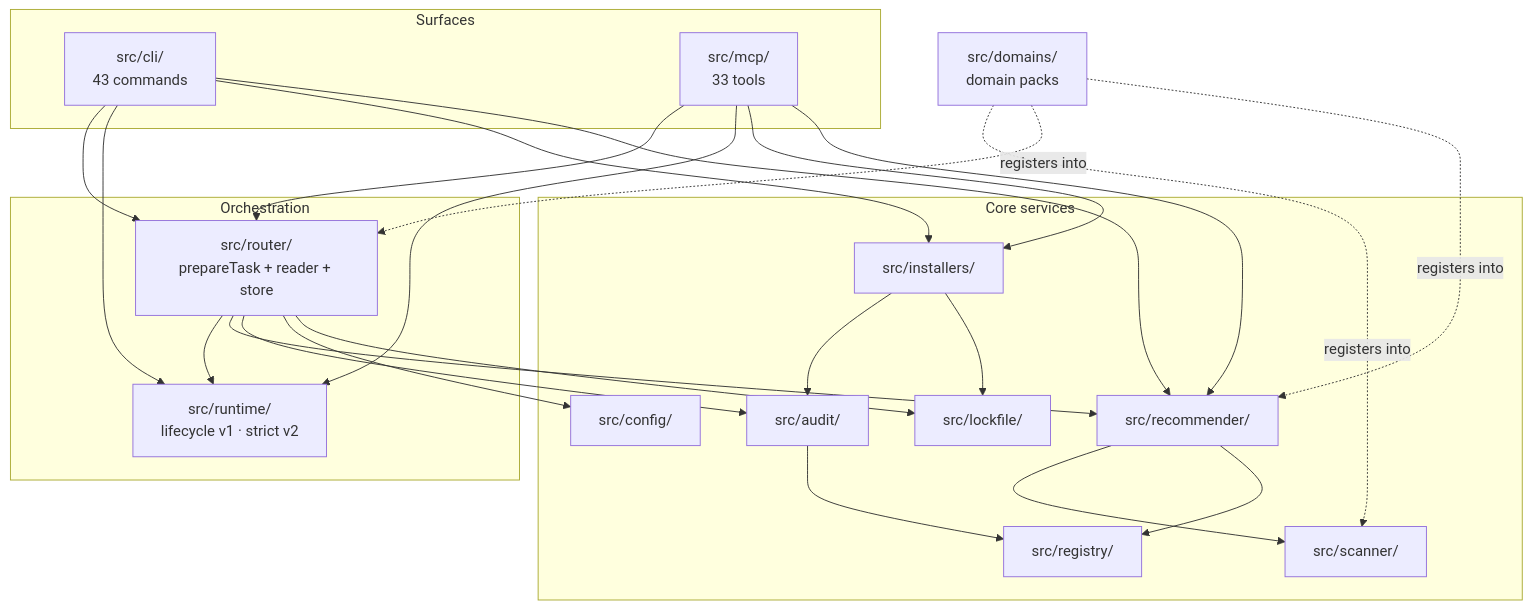
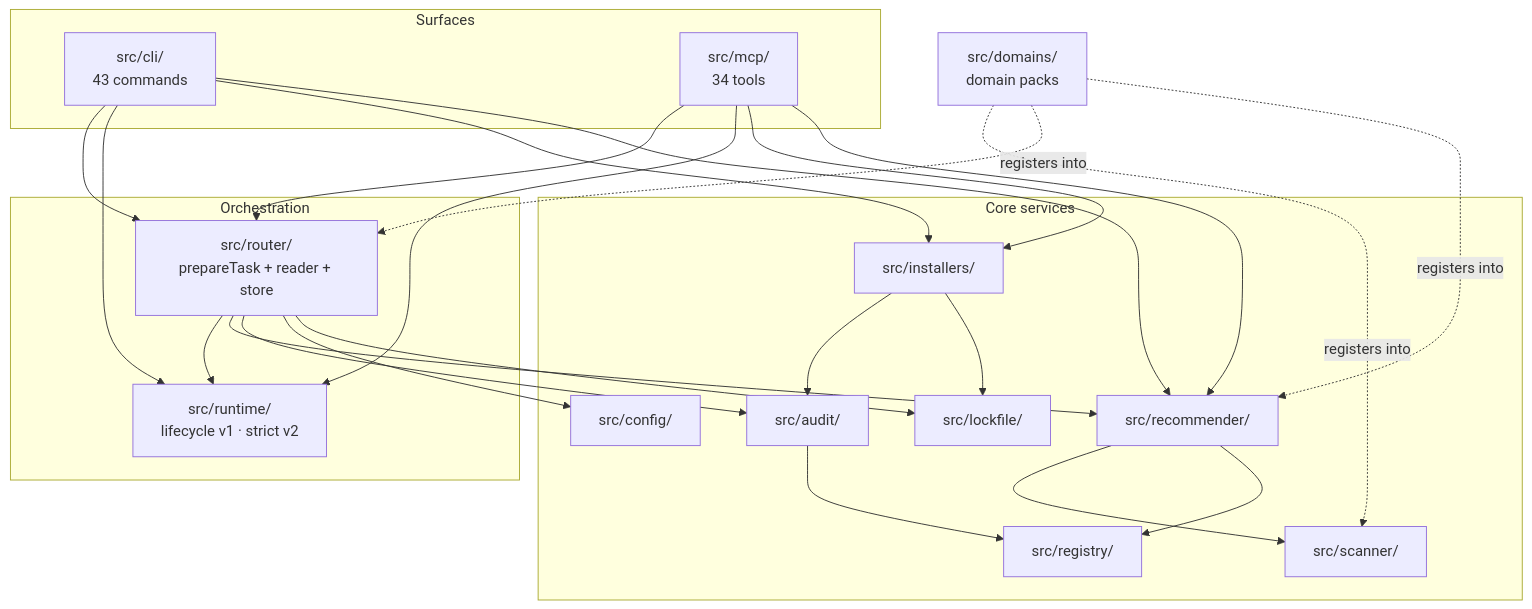
Before and after one commit to Narek-Khachikyan/SkillRanger: the first of 2 diagrams in docs/ARCHITECTURE.md, drawn with Mermaid. The commit also changed other lines of this file and 14 other files, not shown here.

````diff
--- a/docs/ARCHITECTURE.md
+++ b/docs/ARCHITECTURE.md
@@ -51,43 +51,43 @@
 ```mermaid
 graph TD
   subgraph Surfaces
     CLI["src/cli/<br/>43 commands"]
-    MCP["src/mcp/<br/>33 tools"]
+    MCP["src/mcp/<br/>34 tools"]
   end
   subgraph Orchestration
     ROUTER["src/router/<br/>prepareTask + reader + store"]
     RUNTIME["src/runtime/<br/>lifecycle v1 · strict v2"]
   end
   subgraph "Core services"
     SCAN["src/scanner/"]
     REC["src/recommender/"]
     REG["src/registry/"]
     AUDIT["src/audit/"]
     INST["src/installers/"]
     LOCK["src/lockfile/"]
     CONF["src/config/"]
   end
   DOM["src/domains/<br/>domain packs"]
 
   CLI --> ROUTER
   CLI --> RUNTIME
   CLI --> INST
   CLI --> REC
   MCP --> ROUTER
   MCP --> RUNTIME
   MCP --> INST
   MCP --> REC
   ROUTER --> RUNTIME
   ROUTER --> REC
   ROUTER --> AUDIT
   ROUTER --> CONF
   ROUTER --> LOCK
   REC --> SCAN
   REC --> REG
   AUDIT --> REG
   INST --> AUDIT
   INST --> LOCK
   DOM -.->|registers into| SCAN
   DOM -.->|registers into| ROUTER
   DOM -.->|registers into| REC
 ```
````
